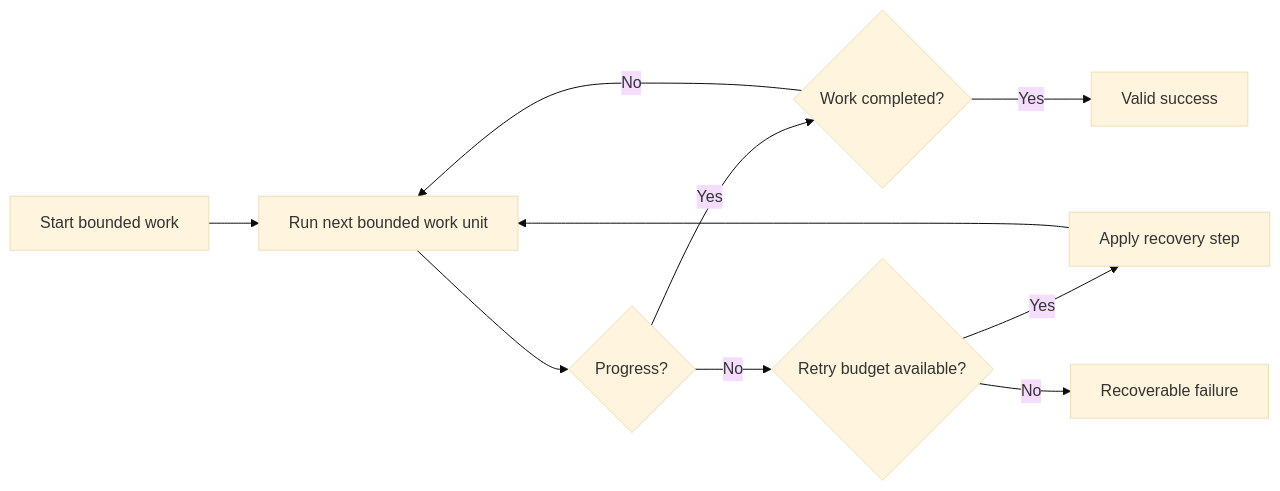
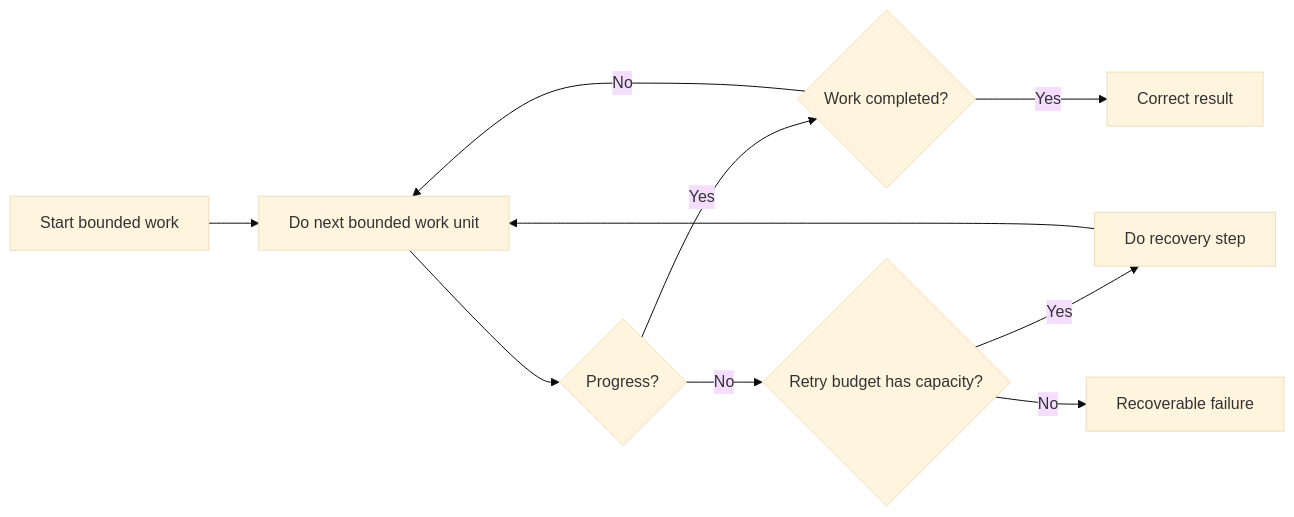
The diagram in docs/principles/details/p081-forward-progress-with-safety.md (HomericIntelligence/Athena), drawn with Mermaid (base theme) before and after one commit. The commit also changed other lines of this file and 91 other files, not shown here.

````diff
--- a/docs/principles/details/p081-forward-progress-with-safety.md
+++ b/docs/principles/details/p081-forward-progress-with-safety.md
@@ -37,12 +37,12 @@
 ```mermaid
 flowchart LR
-    A["Start bounded work"] --> H["Run next bounded work unit"]
+    A["Start bounded work"] --> H["Do next bounded work unit"]
     H --> B{"Progress?"}
     B -->|Yes| C{"Work completed?"}
     C -->|No| H
-    C -->|Yes| D["Valid success"]
-    B -->|No| E{"Retry budget available?"}
-    E -->|Yes| F["Apply recovery step"]
+    C -->|Yes| D["Correct result"]
+    B -->|No| E{"Retry budget has capacity?"}
+    E -->|Yes| F["Do recovery step"]
     F --> H
     E -->|No| G["Recoverable failure"]
 ```
````
